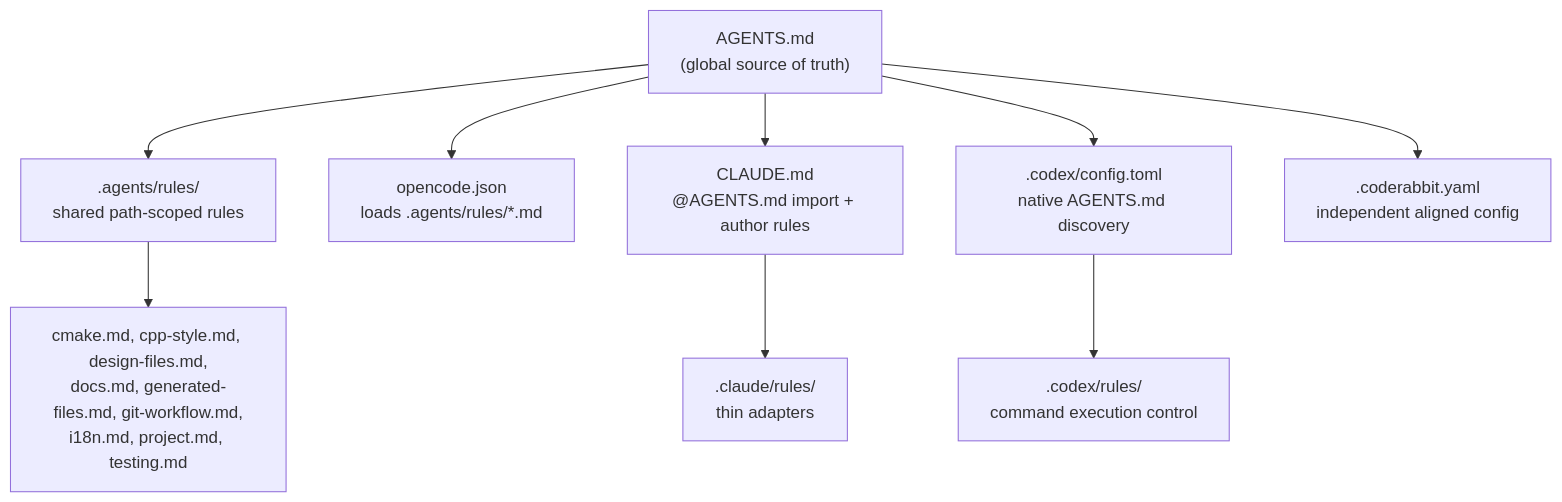
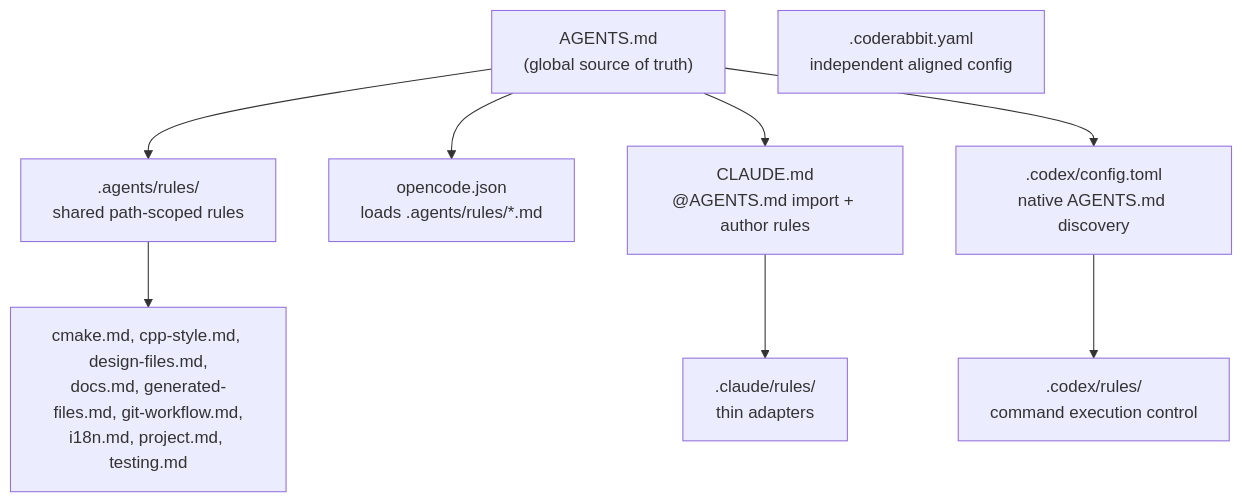
One commit to LotusAndCompany/devtools changed the diagram in docs/development/ai-agent-harness.md. Above: the diagram before and after it, drawn with Mermaid. The commit also changed 6 other files, not shown here.

````diff
--- a/docs/development/ai-agent-harness.md
+++ b/docs/development/ai-agent-harness.md
@@ -17,12 +17,12 @@
 ```mermaid
 flowchart TD
     agents["AGENTS.md<br/>(global source of truth)"]
     agents --> rules[".agents/rules/<br/>shared path-scoped rules"]
     rules --> rule_files["cmake.md, cpp-style.md, design-files.md,<br/>docs.md, generated-files.md, git-workflow.md,<br/>i18n.md, project.md, testing.md"]
     agents --> opencode["opencode.json<br/>loads .agents/rules/*.md"]
     agents --> claude["CLAUDE.md<br/>@AGENTS.md import + author rules"]
     claude --> claude_rules[".claude/rules/<br/>thin adapters"]
     agents --> codex[".codex/config.toml<br/>native AGENTS.md discovery"]
     codex --> codex_rules[".codex/rules/<br/>command execution control"]
-    agents --> coderabbit[".coderabbit.yaml<br/>independent aligned config"]
+    coderabbit[".coderabbit.yaml<br/>independent aligned config"]
 ```
````
